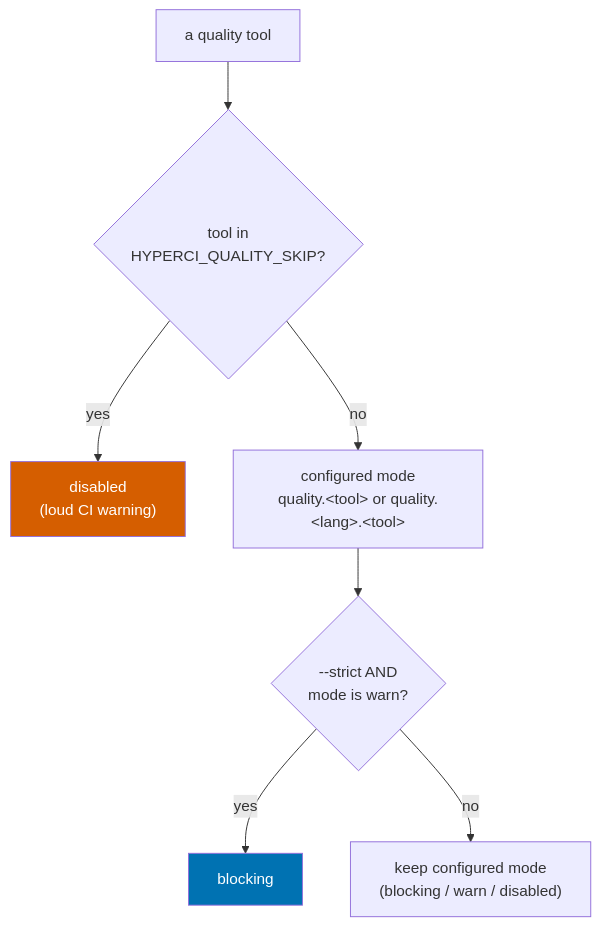
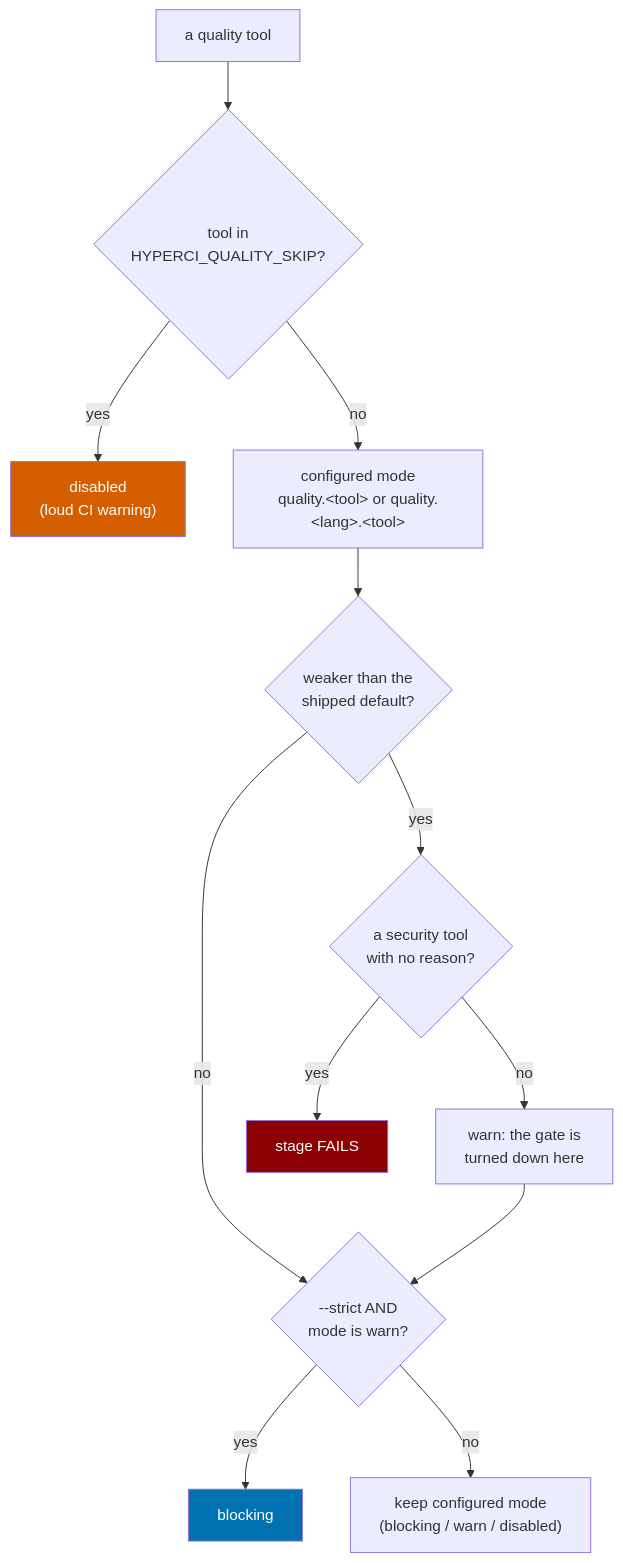
Before and after one commit to hyperi-io/hyperi-ci: the diagram in docs/quality-gate.md, drawn with Mermaid. The commit also changed other lines of this file and 10 other files, not shown here.

First line of the commit message:
sec(quality): a lowered security gate must say why

````diff
--- a/docs/quality-gate.md
+++ b/docs/quality-gate.md
@@ -25,11 +25,17 @@
 ```mermaid
 flowchart TB
     T["a quality tool"] --> SK{"tool in<br/>HYPERCI_QUALITY_SKIP?"}
     SK -->|yes| D["disabled<br/>(loud CI warning)"]:::skip
     SK -->|no| M["configured mode<br/>quality.&lt;tool&gt; or quality.&lt;lang&gt;.&lt;tool&gt;"]
-    M --> ST{"--strict AND<br/>mode is warn?"}
+    M --> TD{"weaker than the<br/>shipped default?"}
+    TD -->|no| ST
+    TD -->|yes| SEC{"a security tool<br/>with no reason?"}
+    SEC -->|yes| F["stage FAILS"]:::fail
+    SEC -->|no| W["warn: the gate is<br/>turned down here"] --> ST
+    ST{"--strict AND<br/>mode is warn?"}
     ST -->|yes| B["blocking"]:::block
     ST -->|no| K["keep configured mode<br/>(blocking / warn / disabled)"]
     classDef skip fill:#D55E00,color:#fff
     classDef block fill:#0072B2,color:#fff
+    classDef fail fill:#8B0000,color:#fff
 ```
````
